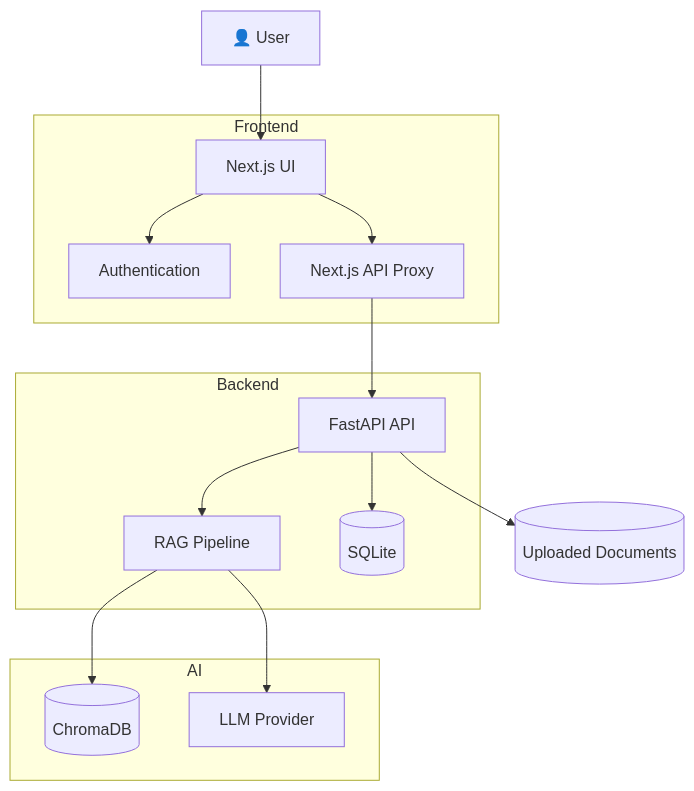
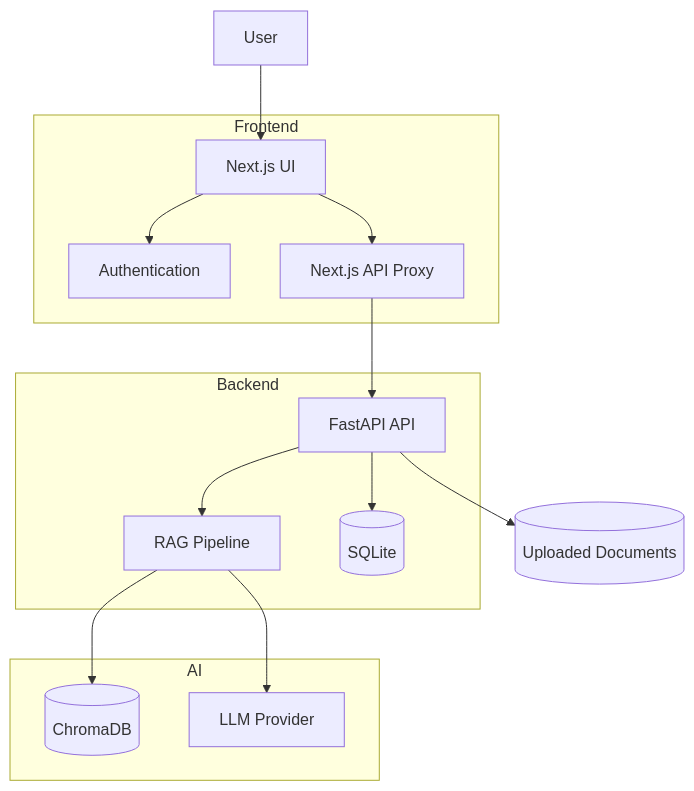
The first of 7 diagrams in README.md (Devputta/Open-Sourec--Project-Zip-files), drawn with Mermaid before and after one commit. The commit also changed other lines of this file, not shown here.

````diff
--- a/README.md
+++ b/README.md
@@ -66,36 +61,36 @@
 ```mermaid
 flowchart TB
 
-    User[👤 User]
+    User[User]
 
     subgraph Frontend
         UI[Next.js UI]
         Auth[Authentication]
         Proxy[Next.js API Proxy]
     end
 
     subgraph Backend
         API[FastAPI API]
         RAG[RAG Pipeline]
         DB[(SQLite)]
     end
 
     subgraph AI
         Chroma[(ChromaDB)]
         LLM[LLM Provider]
     end
 
     Files[(Uploaded Documents)]
 
     User --> UI
     UI --> Auth
     UI --> Proxy
     Proxy --> API
 
     API --> RAG
     API --> DB
     API --> Files
 
     RAG --> Chroma
     RAG --> LLM
 ```
````
